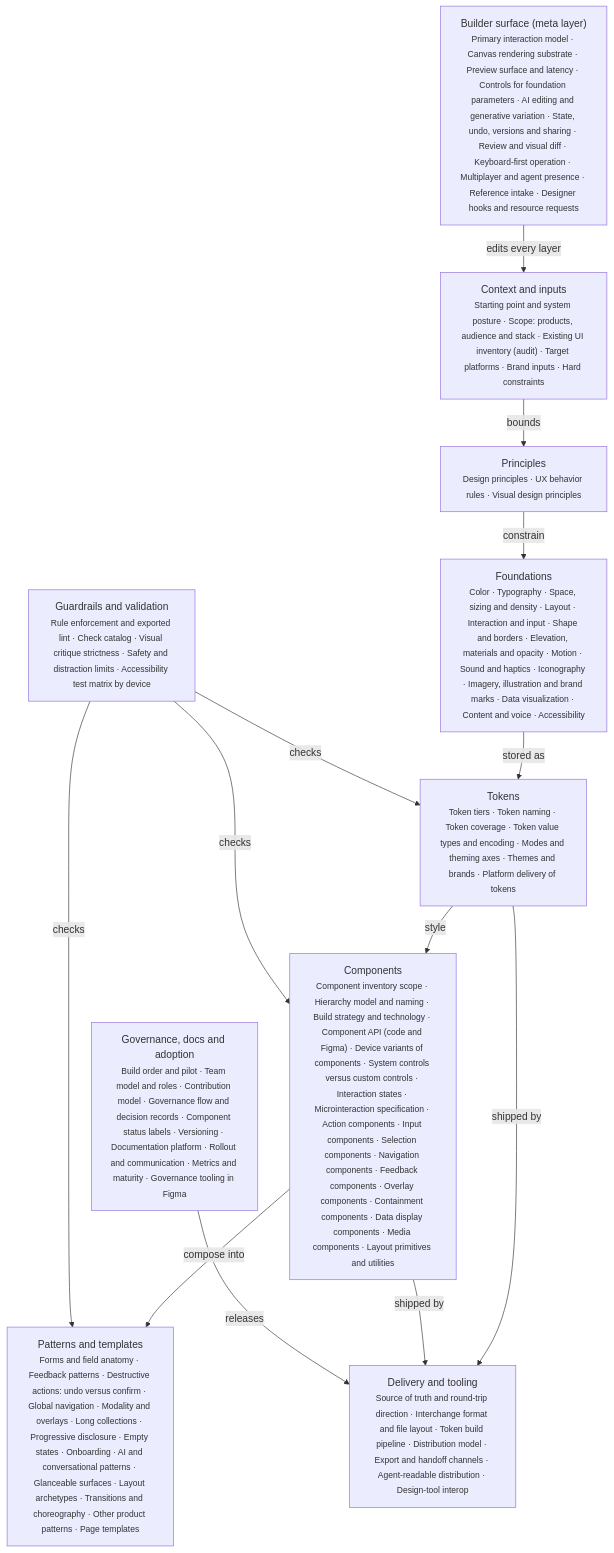
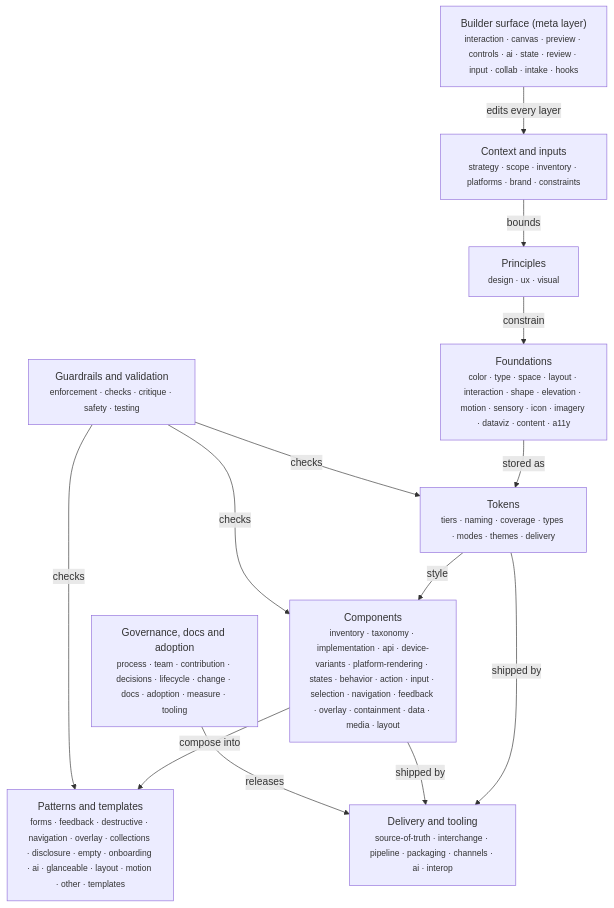
Before and after one commit to ckryptickunal/OpenDesigner: the diagram in synthesis/ONTOLOGY.md, drawn with Mermaid. The commit also changed other lines of this file and 26 other files, not shown here.

````diff
--- a/synthesis/ONTOLOGY.md
+++ b/synthesis/ONTOLOGY.md
@@ -9,25 +9,25 @@
 ```mermaid
 flowchart TB
-  ctx["Context and inputs<br/><small>Starting point and system posture · Scope: products, audience and stack · Existing UI inventory (audit) · Target platforms · Brand inputs · Hard constraints</small>"]
-  prin["Principles<br/><small>Design principles · UX behavior rules · Visual design principles</small>"]
-  found["Foundations<br/><small>Color · Typography · Space, sizing and density · Layout · Interaction and input · Shape and borders · Elevation, materials and opacity · Motion · Sound and haptics · Iconography · Imagery, illustration and brand marks · Data visualization · Content and voice · Accessibility</small>"]
-  tok["Tokens<br/><small>Token tiers · Token naming · Token coverage · Token value types and encoding · Modes and theming axes · Themes and brands · Platform delivery of tokens</small>"]
-  comp["Components<br/><small>Component inventory scope · Hierarchy model and naming · Build strategy and technology · Component API (code and Figma) · Device variants of components · System controls versus custom controls · Interaction states · Microinteraction specification · Action components · Input components · Selection components · Navigation components · Feedback components · Overlay components · Containment components · Data display components · Media components · Layout primitives and utilities</small>"]
-  pat["Patterns and templates<br/><small>Forms and field anatomy · Feedback patterns · Destructive actions: undo versus confirm · Global navigation · Modality and overlays · Long collections · Progressive disclosure · Empty states · Onboarding · AI and conversational patterns · Glanceable surfaces · Layout archetypes · Transitions and choreography · Other product patterns · Page templates</small>"]
-  guard["Guardrails and validation<br/><small>Rule enforcement and exported lint · Check catalog · Visual critique strictness · Safety and distraction limits · Accessibility test matrix by device</small>"]
-  deliver["Delivery and tooling<br/><small>Source of truth and round-trip direction · Interchange format and file layout · Token build pipeline · Distribution model · Export and handoff channels · Agent-readable distribution · Design-tool interop</small>"]
-  gov["Governance, docs and adoption<br/><small>Build order and pilot · Team model and roles · Contribution model · Governance flow and decision records · Component status labels · Versioning · Documentation platform · Rollout and communication · Metrics and maturity · Governance tooling in Figma</small>"]
-  builder["Builder surface (meta layer)<br/><small>Primary interaction model · Canvas rendering substrate · Preview surface and latency · Controls for foundation parameters · AI editing and generative variation · State, undo, versions and sharing · Review and visual diff · Keyboard-first operation · Multiplayer and agent presence · Reference intake · Designer hooks and resource requests</small>"]
+  ctx["Context and inputs<br/><small>strategy · scope · inventory · platforms · brand · constraints</small>"]
+  prin["Principles<br/><small>design · ux · visual</small>"]
+  found["Foundations<br/><small>color · type · space · layout · interaction · shape · elevation · motion · sensory · icon · imagery · dataviz · content · a11y</small>"]
+  tok["Tokens<br/><small>tiers · naming · coverage · types · modes · themes · delivery</small>"]
+  comp["Components<br/><small>inventory · taxonomy · implementation · api · device-variants · platform-rendering · states · behavior · action · input · selection · navigation · feedback · overlay · containment · data · media · layout</small>"]
+  pat["Patterns and templates<br/><small>forms · feedback · destructive · navigation · overlay · collections · disclosure · empty · onboarding · ai · glanceable · layout · motion · other · templates</small>"]
+  guard["Guardrails and validation<br/><small>enforcement · checks · critique · safety · testing</small>"]
+  deliver["Delivery and tooling<br/><small>source-of-truth · interchange · pipeline · packaging · channels · ai · interop</small>"]
+  gov["Governance, docs and adoption<br/><small>process · team · contribution · decisions · lifecycle · change · docs · adoption · measure · tooling</small>"]
+  builder["Builder surface (meta layer)<br/><small>interaction · canvas · preview · controls · ai · state · review · input · collab · intake · hooks</small>"]
   ctx -->|bounds| prin
   prin -->|constrain| found
   found -->|stored as| tok
   tok -->|style| comp
   comp -->|compose into| pat
   guard -->|checks| tok
   guard -->|checks| comp
   guard -->|checks| pat
   tok -->|shipped by| deliver
   comp -->|shipped by| deliver
   gov -->|releases| deliver
   builder -->|edits every layer| ctx
 ```
````
